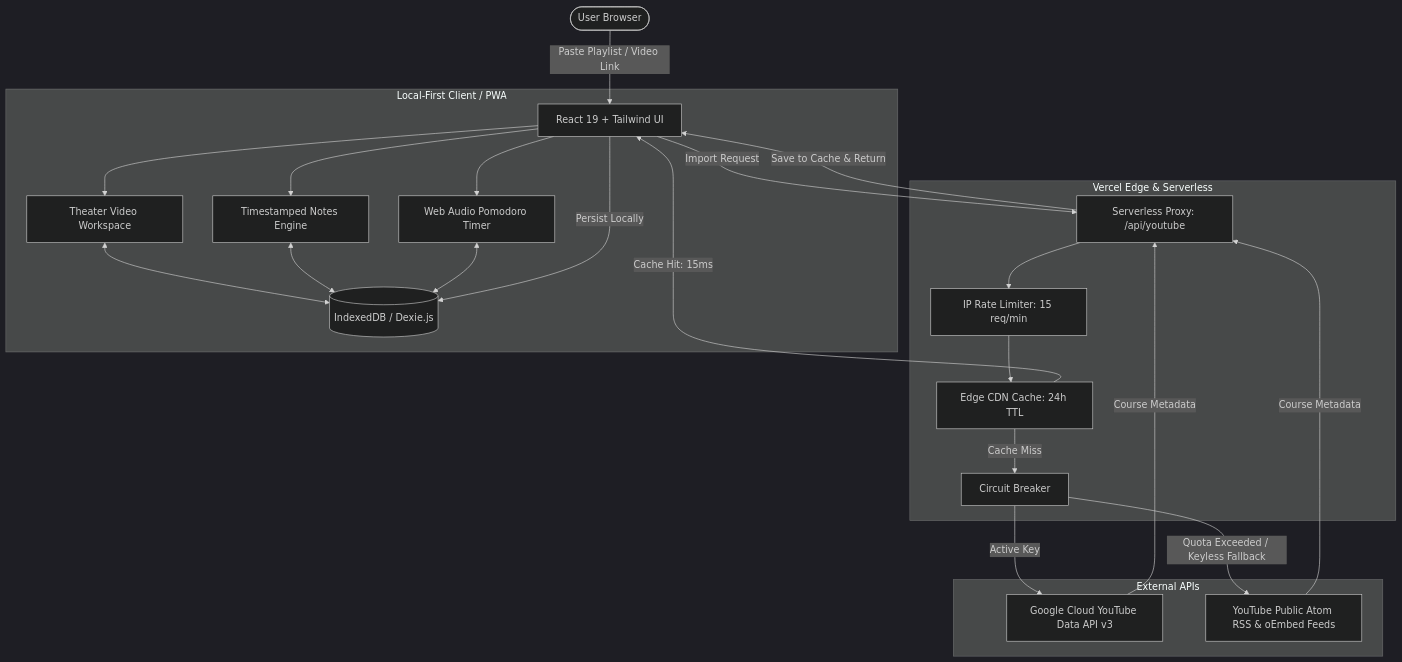
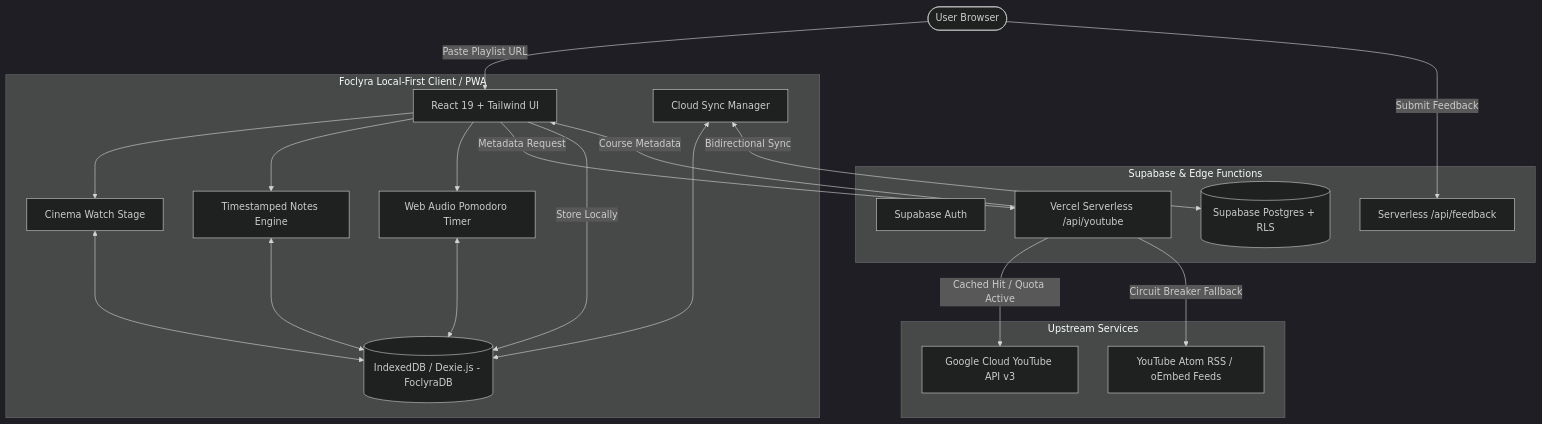
Before and after one commit to ssiddiquiii/foclyra: the diagram in README.md, drawn with Mermaid (dark theme). The commit also changed other lines of this file and 42 other files, not shown here.

````diff
--- a/README.md
+++ b/README.md
@@ -24,44 +57,42 @@
 ```mermaid
 graph TD
     User([User Browser])
     
-    subgraph Client Application [Local-First Client / PWA]
+    subgraph Client Application [Foclyra Local-First Client / PWA]
         UI[React 19 + Tailwind UI]
-        DB[(IndexedDB / Dexie.js)]
-        Player[Theater Video Workspace]
+        DB[(IndexedDB / Dexie.js - FoclyraDB)]
+        Stage[Cinema Watch Stage]
         Notes[Timestamped Notes Engine]
         Timer[Web Audio Pomodoro Timer]
+        SyncMgr[Cloud Sync Manager]
         
-        UI --> Player
+        UI --> Stage
         UI --> Notes
         UI --> Timer
-        Player <--> DB
+        Stage <--> DB
         Notes <--> DB
         Timer <--> DB
+        SyncMgr <--> DB
     end
 
-    subgraph Edge Layer [Vercel Edge & Serverless]
-        Proxy[Serverless Proxy: /api/youtube]
-        RateLimit[IP Rate Limiter: 15 req/min]
-        Cache[Edge CDN Cache: 24h TTL]
-        CircuitBreaker[Circuit Breaker]
+    subgraph Cloud Layer [Supabase & Edge Functions]
+        Auth[Supabase Auth]
+        RemoteDB[(Supabase Postgres + RLS)]
+        EdgeProxy[Vercel Serverless /api/youtube]
+        FeedbackAPI[Serverless /api/feedback]
     end
 
-    subgraph Upstream Services [External APIs]
-        GoogleAPI[Google Cloud YouTube Data API v3]
-        PublicRSS[YouTube Public Atom RSS & oEmbed Feeds]
+    subgraph External APIs [Upstream Services]
+        GoogleAPI[Google Cloud YouTube API v3]
+        PublicRSS[YouTube Atom RSS / oEmbed Feeds]
     end
 
-    User -->|Paste Playlist / Video Link| UI
-    UI -->|Import Request| Proxy
-    Proxy --> RateLimit
-    RateLimit --> Cache
-    Cache -->|Cache Hit: 15ms| UI
-    Cache -->|Cache Miss| CircuitBreaker
-    CircuitBreaker -->|Active Key| GoogleAPI
-    CircuitBreaker -->|Quota Exceeded / Keyless Fallback| PublicRSS
-    GoogleAPI -->|Course Metadata| Proxy
-    PublicRSS -->|Course Metadata| Proxy
-    Proxy -->|Save to Cache & Return| UI
-    UI -->|Persist Locally| DB
+    User -->|Paste Playlist URL| UI
+    UI -->|Metadata Request| EdgeProxy
+    EdgeProxy -->|Cached Hit / Quota Active| GoogleAPI
+    EdgeProxy -->|Circuit Breaker Fallback| PublicRSS
+    EdgeProxy -->|Course Metadata| UI
+    UI -->|Store Locally| DB
+    SyncMgr <-->|Bidirectional Sync| RemoteDB
+    User -->|Submit Feedback| FeedbackAPI
 ```
````
